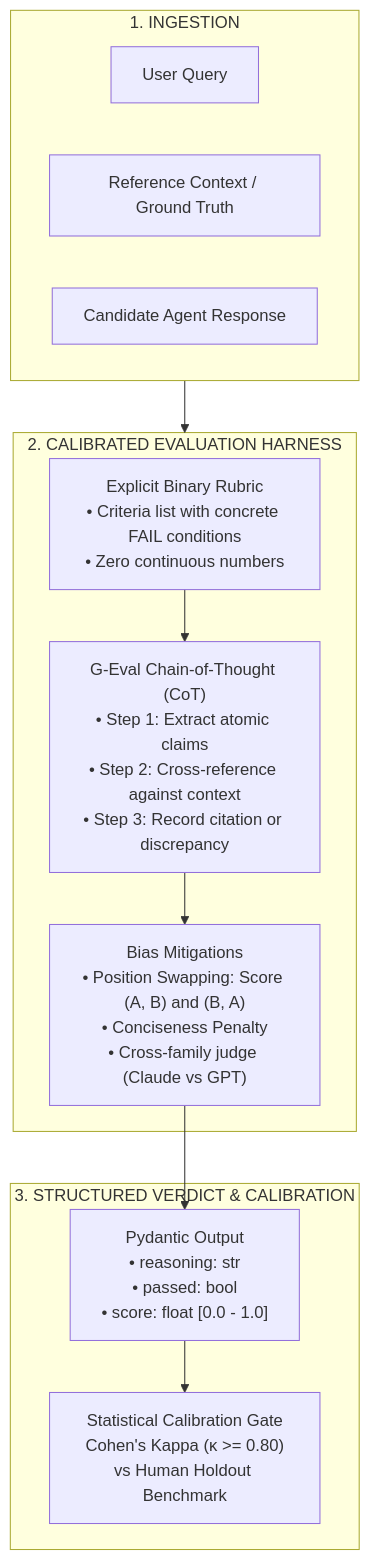
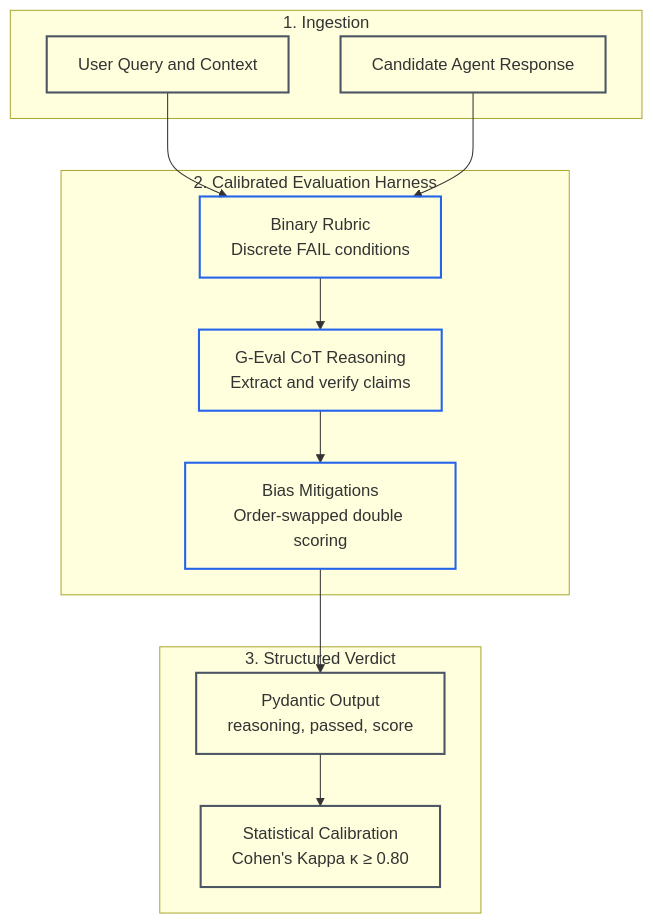
Before and after one commit to dip4k/senior-engineer-to-ai-engineer-roadmap: the first of 2 diagrams in 06-evals-and-observability/02-model-based-evaluations-and-judge-architectures.md, drawn with Mermaid. The commit also changed other lines of this file and 10 other files, not shown here.

````diff
--- a/06-evals-and-observability/02-model-based-evaluations-and-judge-architectures.md
+++ b/06-evals-and-observability/02-model-based-evaluations-and-judge-architectures.md
@@ -66,22 +69,26 @@
 ```mermaid
 flowchart TD
-    subgraph Inputs["1. INGESTION"]
-        Q["User Query"]
-        C["Reference Context / Ground Truth"]
+    subgraph Ingestion["1. Ingestion"]
+        Q["User Query and Context"]
         R["Candidate Agent Response"]
     end
 
-    subgraph JudgeEngine["2. CALIBRATED EVALUATION HARNESS"]
-        Rubric["Explicit Binary Rubric<br/>• Criteria list with concrete FAIL conditions<br/>• Zero continuous numbers"]
-        CoT["G-Eval Chain-of-Thought (CoT)<br/>• Step 1: Extract atomic claims<br/>• Step 2: Cross-reference against context<br/>• Step 3: Record citation or discrepancy"]
-        Mitigation["Bias Mitigations<br/>• Position Swapping: Score (A, B) and (B, A)<br/>• Conciseness Penalty<br/>• Cross-family judge (Claude vs GPT)"]
+    subgraph JudgeEngine["2. Calibrated Evaluation Harness"]
+        Rubric["Binary Rubric<br/>Discrete FAIL conditions"]
+        CoT["G-Eval CoT Reasoning<br/>Extract and verify claims"]
+        Mitigation["Bias Mitigations<br/>Order-swapped double scoring"]
     end
 
-    subgraph Output["3. STRUCTURED VERDICT & CALIBRATION"]
-        JSON["Pydantic Output<br/>• reasoning: str<br/>• passed: bool<br/>• score: float [0.0 - 1.0]"]
-        Kappa["Statistical Calibration Gate<br/>Cohen's Kappa (κ >= 0.80)<br/>vs Human Holdout Benchmark"]
+    subgraph Output["3. Structured Verdict"]
+        JSON["Pydantic Output<br/>reasoning, passed, score"]
+        Kappa["Statistical Calibration<br/>Cohen's Kappa κ ≥ 0.80"]
     end
 
-    Inputs --> JudgeEngine
+    Q --> Rubric
+    R --> Rubric
     Rubric --> CoT --> Mitigation --> JSON --> Kappa
+
+    classDef default stroke:#4b5563,stroke-width:2px,fill:none;
+    classDef gate stroke:#2563eb,stroke-width:2px,fill:none;
+    class Rubric,CoT,Mitigation gate;
 ```
````
